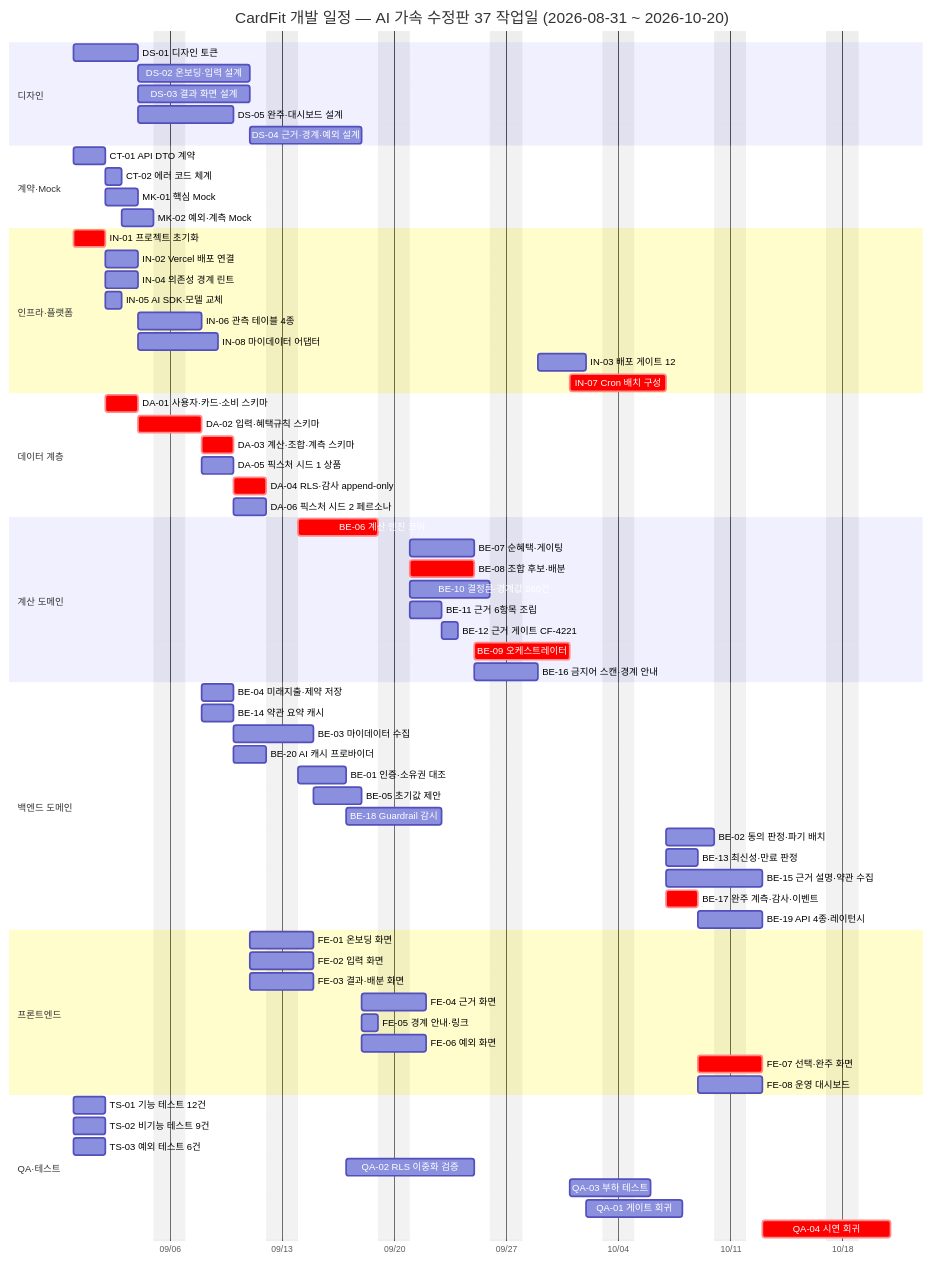
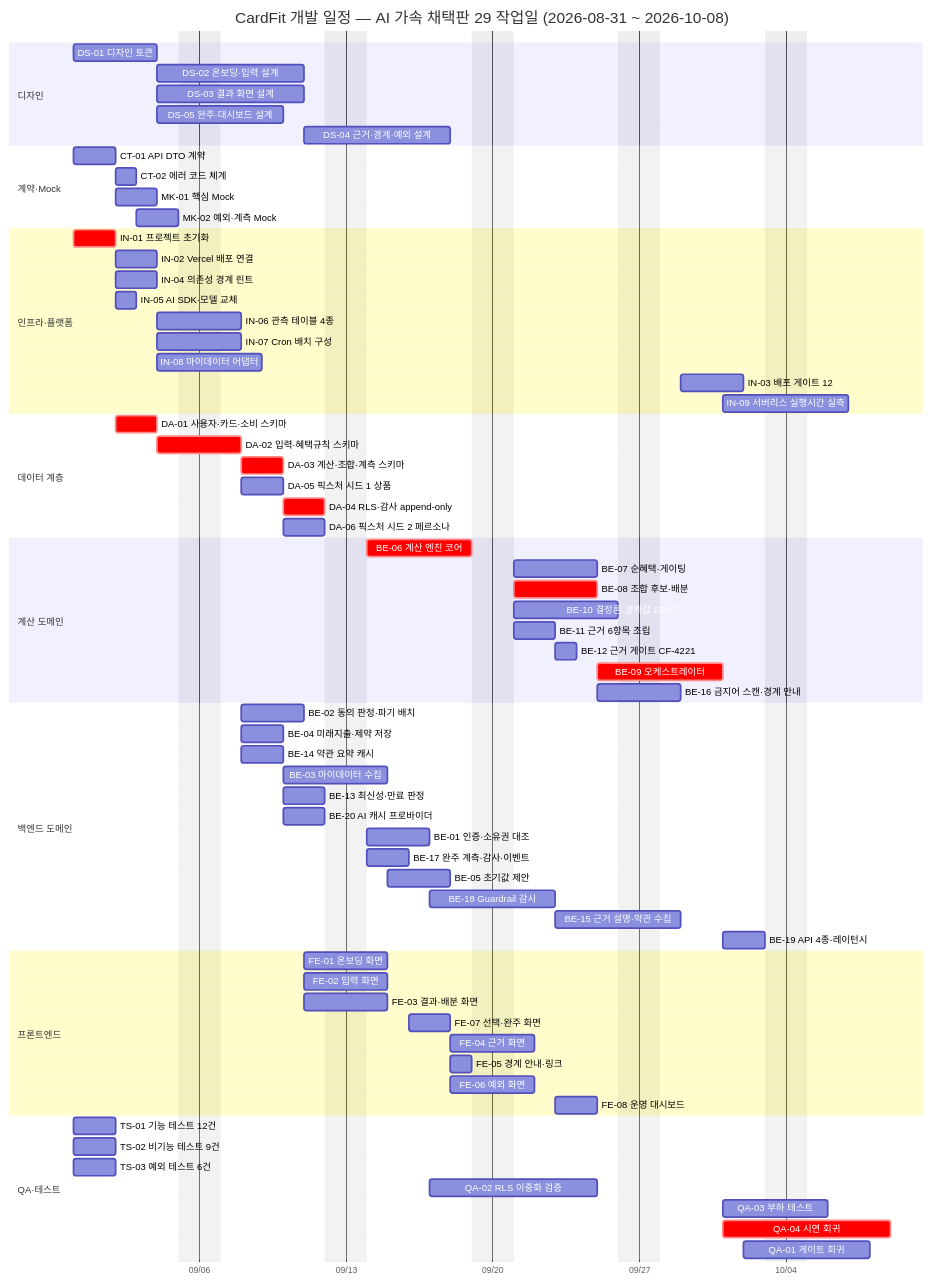
The third of 4 diagrams in docs/[개발 실행 총괄] CardFit (한글).md (maybeaj/cardfit-prd-to-srs), drawn with Mermaid before and after one commit. The commit also changed other lines of this file and 9 other files, not shown here.

````diff
--- a/docs/[개발 실행 총괄] CardFit (한글).md
+++ b/docs/[개발 실행 총괄] CardFit (한글).md
@@ -277,81 +279,82 @@
 ```mermaid
 gantt
-    title CardFit 개발 일정 — AI 가속 수정판 37 작업일 (2026-08-31 ~ 2026-10-20)
+    title CardFit 개발 일정 — AI 가속 채택판 29 작업일 (2026-08-31 ~ 2026-10-08)
     dateFormat YYYY-MM-DD
     axisFormat %m/%d
     excludes weekends
 
     section 디자인
-    DS-01 디자인 토큰 :ads01, 2026-08-31, 4d
-    DS-02 온보딩·입력 설계 :ads02, 2026-09-04, 5d
-    DS-03 결과 화면 설계 :ads03, 2026-09-04, 5d
-    DS-05 완주·대시보드 설계 :ads05, 2026-09-04, 4d
-    DS-04 근거·경계·예외 설계 :ads04, 2026-09-11, 5d
+    DS-01 디자인 토큰 :aids01, 2026-08-31, 4d
+    DS-02 온보딩·입력 설계 :aids02, 2026-09-04, 5d
+    DS-03 결과 화면 설계 :aids03, 2026-09-04, 5d
+    DS-05 완주·대시보드 설계 :aids05, 2026-09-04, 4d
+    DS-04 근거·경계·예외 설계 :aids04, 2026-09-11, 5d
 
     section 계약·Mock
-    CT-01 API DTO 계약 :act01, 2026-08-31, 2d
-    CT-02 에러 코드 체계 :act02, 2026-09-02, 1d
-    MK-01 핵심 Mock :amk01, 2026-09-02, 2d
-    MK-02 예외·계측 Mock :amk02, 2026-09-03, 2d
+    CT-01 API DTO 계약 :aict01, 2026-08-31, 2d
+    CT-02 에러 코드 체계 :aict02, 2026-09-02, 1d
+    MK-01 핵심 Mock :aimk01, 2026-09-02, 2d
+    MK-02 예외·계측 Mock :aimk02, 2026-09-03, 2d
 
     section 인프라·플랫폼
-    IN-01 프로젝트 초기화 :crit, ain01, 2026-08-31, 2d
-    IN-02 Vercel 배포 연결 :ain02, 2026-09-02, 2d
-    IN-04 의존성 경계 린트 :ain04, 2026-09-02, 2d
-    IN-05 AI SDK·모델 교체 :ain05, 2026-09-02, 1d
-    IN-06 관측 테이블 4종 :ain06, 2026-09-04, 2d
-    IN-08 마이데이터 어댑터 :ain08, 2026-09-04, 3d
-    IN-03 배포 게이트 12 :ain03, 2026-09-29, 3d
-    IN-07 Cron 배치 구성 :crit, ain07, 2026-10-01, 4d
+    IN-01 프로젝트 초기화 :crit, aiin01, 2026-08-31, 2d
+    IN-02 Vercel 배포 연결 :aiin02, 2026-09-02, 2d
+    IN-04 의존성 경계 린트 :aiin04, 2026-09-02, 2d
+    IN-05 AI SDK·모델 교체 :aiin05, 2026-09-02, 1d
+    IN-06 관측 테이블 4종 :aiin06, 2026-09-04, 2d
+    IN-07 Cron 배치 구성 :aiin07, 2026-09-04, 2d
+    IN-08 마이데이터 어댑터 :aiin08, 2026-09-04, 3d
+    IN-03 배포 게이트 12 :aiin03, 2026-09-29, 3d
+    IN-09 서버리스 실행시간 실측 :aiin09, 2026-10-01, 4d
 
     section 데이터 계층
-    DA-01 사용자·카드·소비 스키마 :crit, ada01, 2026-09-02, 2d
-    DA-02 입력·혜택규칙 스키마 :crit, ada02, 2026-09-04, 2d
-    DA-03 계산·조합·계측 스키마 :crit, ada03, 2026-09-08, 2d
-    DA-05 픽스처 시드 1 상품 :ada05, 2026-09-08, 2d
-    DA-04 RLS·감사 append-only :crit, ada04, 2026-09-10, 2d
-    DA-06 픽스처 시드 2 페르소나 :ada06, 2026-09-10, 2d
+    DA-01 사용자·카드·소비 스키마 :crit, aida01, 2026-09-02, 2d
+    DA-02 입력·혜택규칙 스키마 :crit, aida02, 2026-09-04, 2d
+    DA-03 계산·조합·계측 스키마 :crit, aida03, 2026-09-08, 2d
+    DA-05 픽스처 시드 1 상품 :aida05, 2026-09-08, 2d
+    DA-04 RLS·감사 append-only :crit, aida04, 2026-09-10, 2d
+    DA-06 픽스처 시드 2 페르소나 :aida06, 2026-09-10, 2d
 
     section 계산 도메인
-    BE-06 계산 엔진 코어 :crit, abe06, 2026-09-14, 5d
-    BE-07 순혜택·게이팅 :abe07, 2026-09-21, 4d
-    BE-08 조합 후보·배분 :crit, abe08, 2026-09-21, 4d
-    BE-10 결정론·경계값 260건 :abe10, 2026-09-21, 5d
-    BE-11 근거 6항목 조립 :abe11, 2026-09-21, 2d
-    BE-12 근거 게이트 CF-4221 :abe12, 2026-09-23, 1d
-    BE-09 오케스트레이터 :crit, abe09, 2026-09-25, 4d
-    BE-16 금지어 스캔·경계 안내 :abe16, 2026-09-25, 2d
+    BE-06 계산 엔진 코어 :crit, aibe06, 2026-09-14, 5d
+    BE-07 순혜택·게이팅 :aibe07, 2026-09-21, 4d
+    BE-08 조합 후보·배분 :crit, aibe08, 2026-09-21, 4d
+    BE-10 결정론·경계값 260건 :aibe10, 2026-09-21, 5d
+    BE-11 근거 6항목 조립 :aibe11, 2026-09-21, 2d
+    BE-12 근거 게이트 CF-4221 :aibe12, 2026-09-23, 1d
+    BE-09 오케스트레이터 :crit, aibe09, 2026-09-25, 4d
+    BE-16 금지어 스캔·경계 안내 :aibe16, 2026-09-25, 2d
 
     section 백엔드 도메인
-    BE-04 미래지출·제약 저장 :abe04, 2026-09-08, 2d
-    BE-14 약관 요약 캐시 :abe14, 2026-09-08, 2d
-    BE-03 마이데이터 수집 :abe03, 2026-09-10, 3d
-    BE-20 AI 캐시 프로바이더 :abe20, 2026-09-10, 2d
-    BE-01 인증·소유권 대조 :abe01, 2026-09-14, 3d
-    BE-05 초기값 제안 :abe05, 2026-09-15, 3d
-    BE-18 Guardrail 감시 :abe18, 2026-09-17, 4d
-    BE-02 동의 판정·파기 배치 :abe02, 2026-10-07, 3d
-    BE-13 최신성·만료 판정 :abe13, 2026-10-07, 2d
-    BE-15 근거 설명·약관 수집 :abe15, 2026-10-07, 4d
-    BE-17 완주 계측·감사·이벤트 :crit, abe17, 2026-10-07, 2d
-    BE-19 API 4종·레이턴시 :abe19, 2026-10-09, 2d
+    BE-02 동의 판정·파기 배치 :aibe02, 2026-09-08, 3d
+    BE-04 미래지출·제약 저장 :aibe04, 2026-09-08, 2d
+    BE-14 약관 요약 캐시 :aibe14, 2026-09-08, 2d
+    BE-03 마이데이터 수집 :aibe03, 2026-09-10, 3d
+    BE-13 최신성·만료 판정 :aibe13, 2026-09-10, 2d
+    BE-20 AI 캐시 프로바이더 :aibe20, 2026-09-10, 2d
+    BE-01 인증·소유권 대조 :aibe01, 2026-09-14, 3d
+    BE-17 완주 계측·감사·이벤트 :aibe17, 2026-09-14, 2d
+    BE-05 초기값 제안 :aibe05, 2026-09-15, 3d
+    BE-18 Guardrail 감시 :aibe18, 2026-09-17, 4d
+    BE-15 근거 설명·약관 수집 :aibe15, 2026-09-23, 4d
+    BE-19 API 4종·레이턴시 :aibe19, 2026-10-01, 2d
 
     section 프론트엔드
-    FE-01 온보딩 화면 :afe01, 2026-09-11, 2d
-    FE-02 입력 화면 :afe02, 2026-09-11, 2d
-    FE-03 결과·배분 화면 :afe03, 2026-09-11, 2d
-    FE-04 근거 화면 :afe04, 2026-09-18, 2d
-    FE-05 경계 안내·링크 :afe05, 2026-09-18, 1d
-    FE-06 예외 화면 :afe06, 2026-09-18, 2d
-    FE-07 선택·완주 화면 :crit, afe07, 2026-10-09, 2d
-    FE-08 운영 대시보드 :afe08, 2026-10-09, 2d
+    FE-01 온보딩 화면 :aife01, 2026-09-11, 2d
+    FE-02 입력 화면 :aife02, 2026-09-11, 2d
+    FE-03 결과·배분 화면 :aife03, 2026-09-11, 2d
+    FE-07 선택·완주 화면 :aife07, 2026-09-16, 2d
+    FE-04 근거 화면 :aife04, 2026-09-18, 2d
+    FE-05 경계 안내·링크 :aife05, 2026-09-18, 1d
+    FE-06 예외 화면 :aife06, 2026-09-18, 2d
+    FE-08 운영 대시보드 :aife08, 2026-09-23, 2d
 
     section QA·테스트
-    TS-01 기능 테스트 12건 :ats01, 2026-08-31, 2d
-    TS-02 비기능 테스트 9건 :ats02, 2026-08-31, 2d
-    TS-03 예외 테스트 6건 :ats03, 2026-08-31, 2d
-    QA-02 RLS 이중화 검증 :aqa02, 2026-09-17, 6d
-    QA-03 부하 테스트 :aqa03, 2026-10-01, 3d
-    QA-01 게이트 회귀 :aqa01, 2026-10-02, 4d
-    QA-04 시연 회귀 :crit, aqa04, 2026-10-13, 6d
+    TS-01 기능 테스트 12건 :aits01, 2026-08-31, 2d
+    TS-02 비기능 테스트 9건 :aits02, 2026-08-31, 2d
+    TS-03 예외 테스트 6건 :aits03, 2026-08-31, 2d
+    QA-02 RLS 이중화 검증 :aiqa02, 2026-09-17, 6d
+    QA-03 부하 테스트 :aiqa03, 2026-10-01, 3d
+    QA-04 시연 회귀 :crit, aiqa04, 2026-10-01, 6d
+    QA-01 게이트 회귀 :aiqa01, 2026-10-02, 4d
 ```
````
